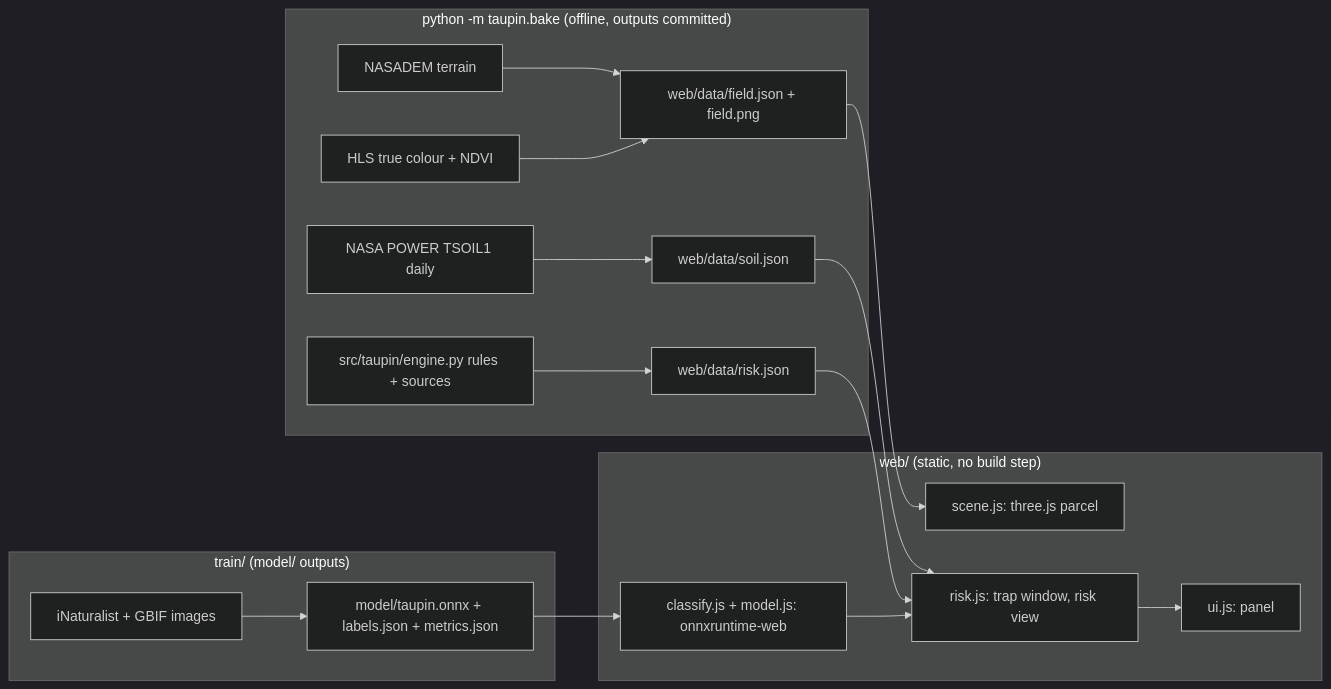
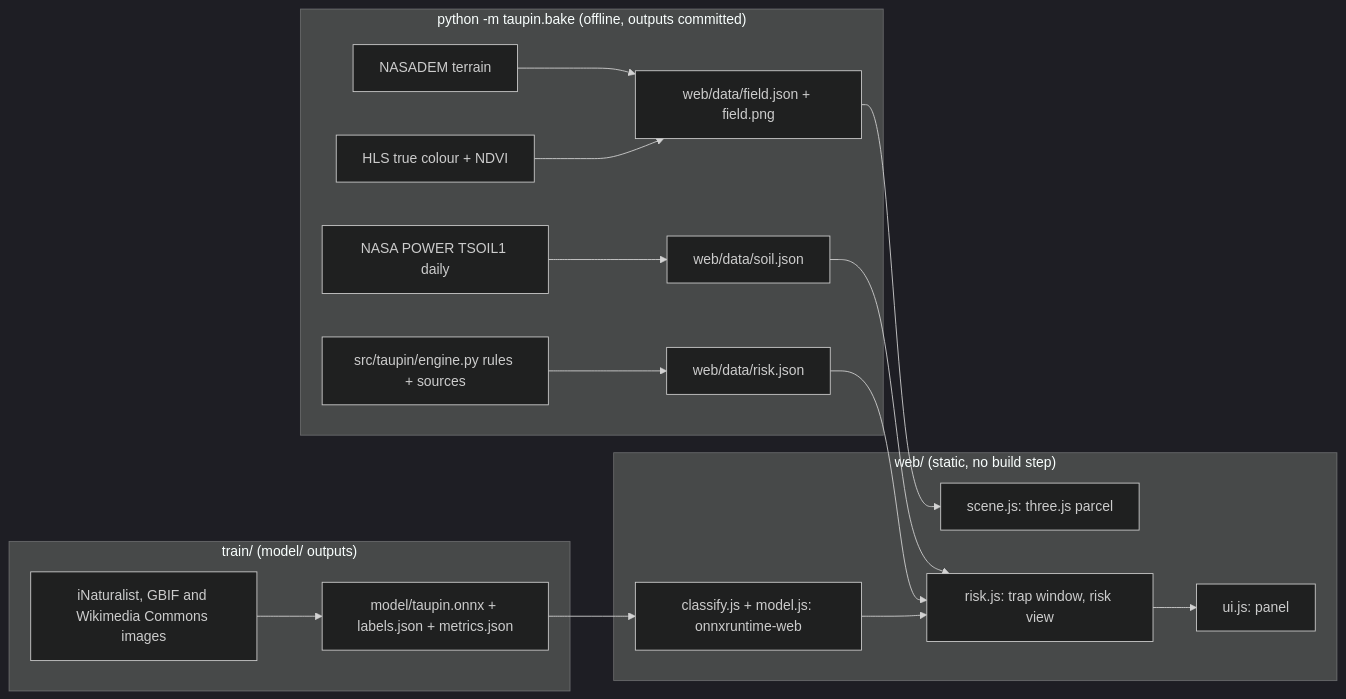
Before and after one commit to Nas01010101/taupin-v1: the diagram in README.md, drawn with Mermaid (dark theme). The commit also changed other lines of this file and 50 other files, not shown here.

````diff
--- a/README.md
+++ b/README.md
@@ -58,20 +58,20 @@
 ```mermaid
 flowchart LR
   subgraph bake["python -m taupin.bake (offline, outputs committed)"]
     DEM[NASADEM terrain] --> F[web/data/field.json + field.png]
     HLS[HLS true colour + NDVI] --> F
     POWER[NASA POWER TSOIL1 daily] --> S[web/data/soil.json]
     ENG[src/taupin/engine.py rules + sources] --> R[web/data/risk.json]
   end
   subgraph train["train/ (model/ outputs)"]
-    INAT[iNaturalist + GBIF images] --> M[model/taupin.onnx + labels.json + metrics.json]
+    INAT[iNaturalist, GBIF and Wikimedia Commons images] --> M[model/taupin.onnx + labels.json + metrics.json]
   end
   subgraph web["web/ (static, no build step)"]
     F --> SC[scene.js: three.js parcel]
     S --> RK[risk.js: trap window, risk view]
     R --> RK
     M --> CL[classify.js + model.js: onnxruntime-web]
     CL --> RK
     RK --> UI[ui.js: panel]
   end
 ```
````
